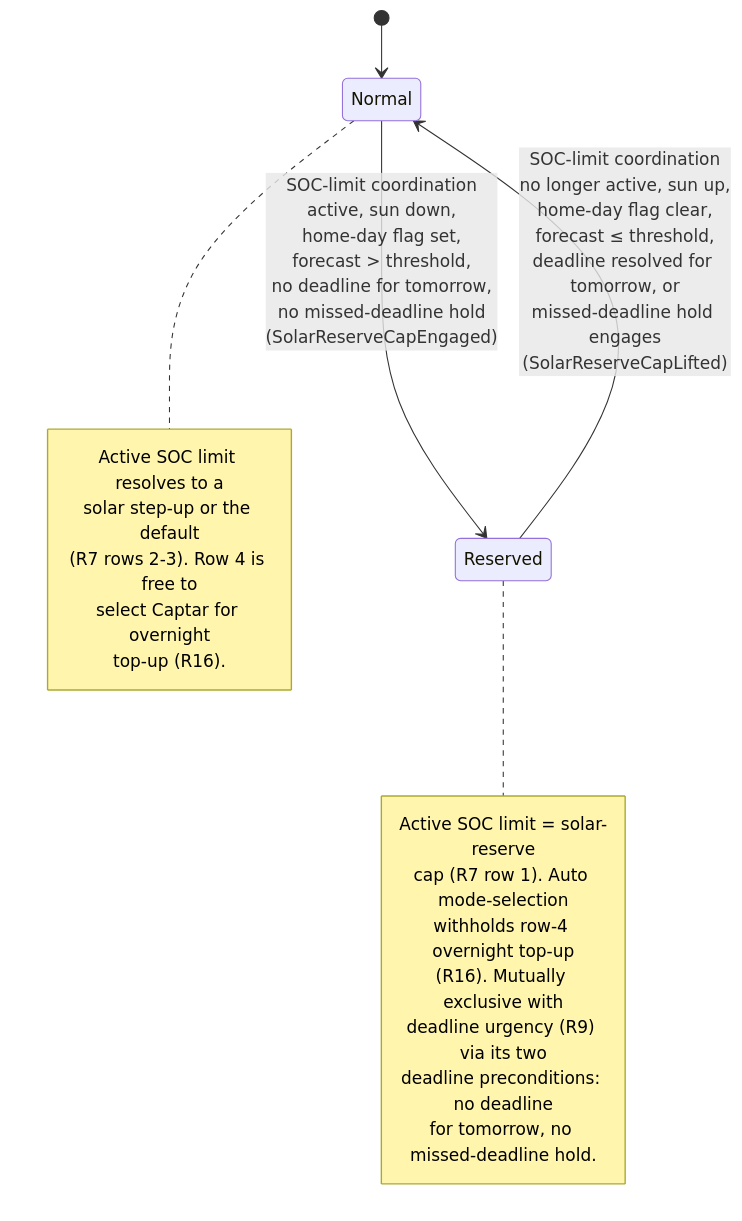
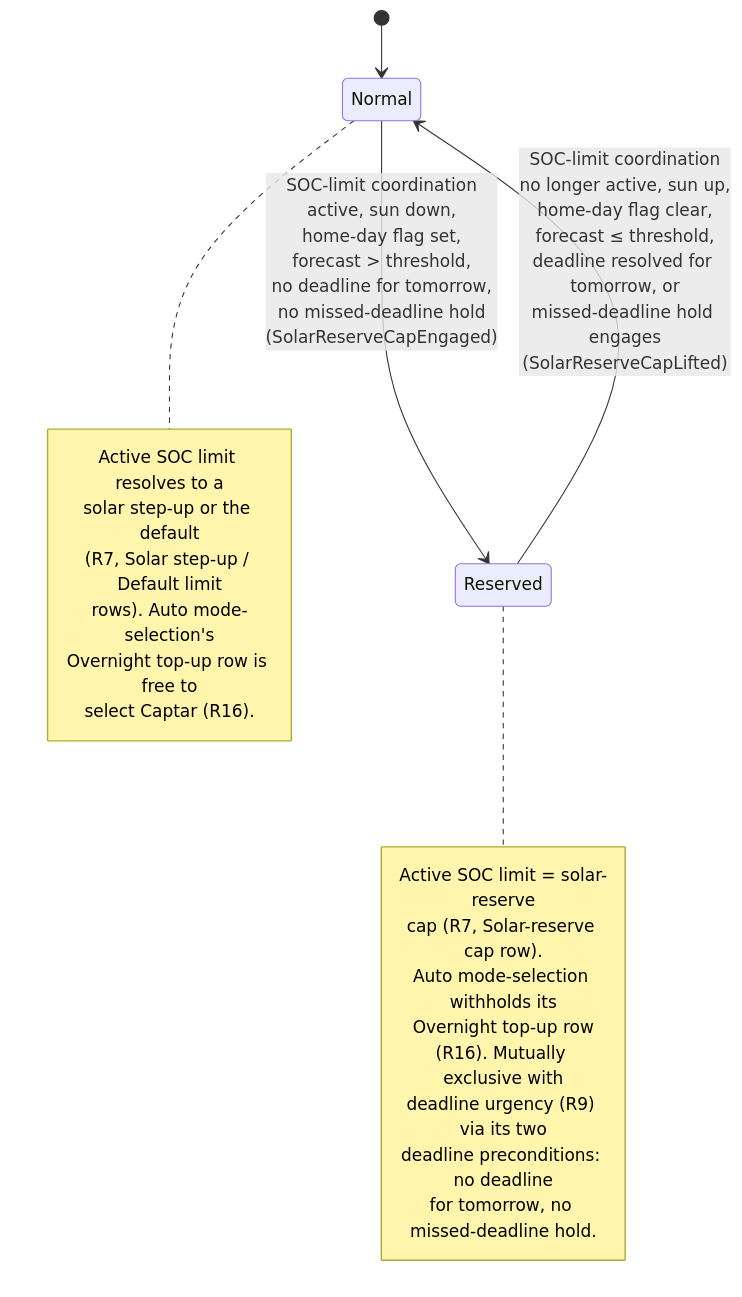
Before and after one commit to kristofdegrave/homeassistant-smart-charging: the diagram in docs/analysis/use-cases/UC07-reserve-capacity-for-tomorrow.md, drawn with Mermaid. The commit also changed other lines of this file and 11 other files, not shown here.

````diff
--- a/docs/analysis/use-cases/UC07-reserve-capacity-for-tomorrow.md
+++ b/docs/analysis/use-cases/UC07-reserve-capacity-for-tomorrow.md
@@ -147,22 +147,24 @@
 ```mermaid
 stateDiagram-v2
     [*] --> Normal
     Normal --> Reserved: SOC-limit coordination<br/>active, sun down,<br/>home-day flag set,<br/>forecast > threshold,<br/>no deadline for tomorrow,<br/>no missed-deadline hold<br/>(SolarReserveCapEngaged)
     Reserved --> Normal: SOC-limit coordination<br/>no longer active, sun up,<br/>home-day flag clear,<br/>forecast ≤ threshold,<br/>deadline resolved for tomorrow, or<br/>missed-deadline hold engages<br/>(SolarReserveCapLifted)
     note right of Reserved
         Active SOC limit = solar-reserve
-        cap (R7 row 1). Auto mode-selection
-        withholds row-4 overnight top-up
+        cap (R7, Solar-reserve cap row).
+        Auto mode-selection withholds its
+        Overnight top-up row
         (R16). Mutually exclusive with
         deadline urgency (R9) via its two
         deadline preconditions: no deadline
         for tomorrow, no missed-deadline hold.
     end note
     note right of Normal
         Active SOC limit resolves to a
         solar step-up or the default
-        (R7 rows 2-3). Row 4 is free to
-        select Captar for overnight
-        top-up (R16).
+        (R7, Solar step-up / Default limit
+        rows). Auto mode-selection's
+        Overnight top-up row is free to
+        select Captar (R16).
     end note
 ```
````
